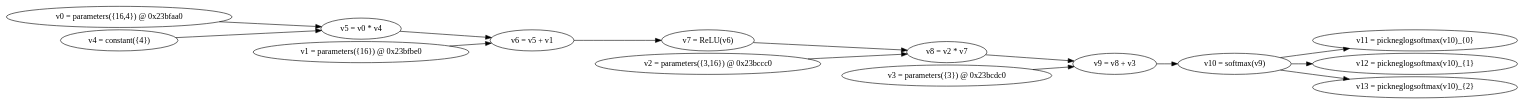
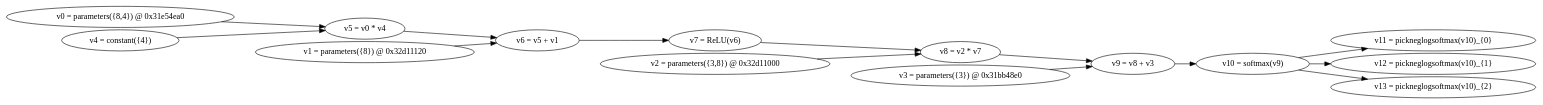
One commit to harumo11/dynet_start changed the diagram in iris/graph.dot. Above: the diagram before and after it, drawn with Graphviz. The commit also changed 4 other files, not shown here.

```diff
--- a/iris/graph.dot
+++ b/iris/graph.dot
@@ -1,31 +1,31 @@
 digraph G {
   rankdir=LR;
   nodesep=.05;
-  N0 [label="v0 = parameters({16,4}) @ 0x23bfaa0"];
-  N1 [label="v1 = parameters({16}) @ 0x23bfbe0"];
-  N2 [label="v2 = parameters({3,16}) @ 0x23bccc0"];
-  N3 [label="v3 = parameters({3}) @ 0x23bcdc0"];
+  N0 [label="v0 = parameters({8,4}) @ 0x31e54ea0"];
+  N1 [label="v1 = parameters({8}) @ 0x32d11120"];
+  N2 [label="v2 = parameters({3,8}) @ 0x32d11000"];
+  N3 [label="v3 = parameters({3}) @ 0x31bb48e0"];
   N4 [label="v4 = constant({4})"];
   N5 [label="v5 = v0 * v4"];
   N0 -> N5;
   N4 -> N5;
   N6 [label="v6 = v5 + v1"];
   N5 -> N6;
   N1 -> N6;
   N7 [label="v7 = ReLU(v6)"];
   N6 -> N7;
   N8 [label="v8 = v2 * v7"];
   N2 -> N8;
   N7 -> N8;
   N9 [label="v9 = v8 + v3"];
   N8 -> N9;
   N3 -> N9;
   N10 [label="v10 = softmax(v9)"];
   N9 -> N10;
   N11 [label="v11 = pickneglogsoftmax(v10)_{0}"];
   N10 -> N11;
   N12 [label="v12 = pickneglogsoftmax(v10)_{1}"];
   N10 -> N12;
   N13 [label="v13 = pickneglogsoftmax(v10)_{2}"];
   N10 -> N13;
 }
```
